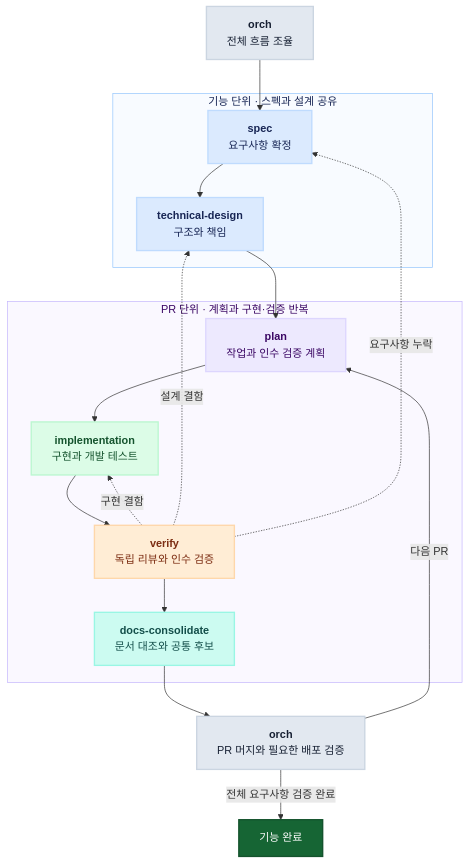
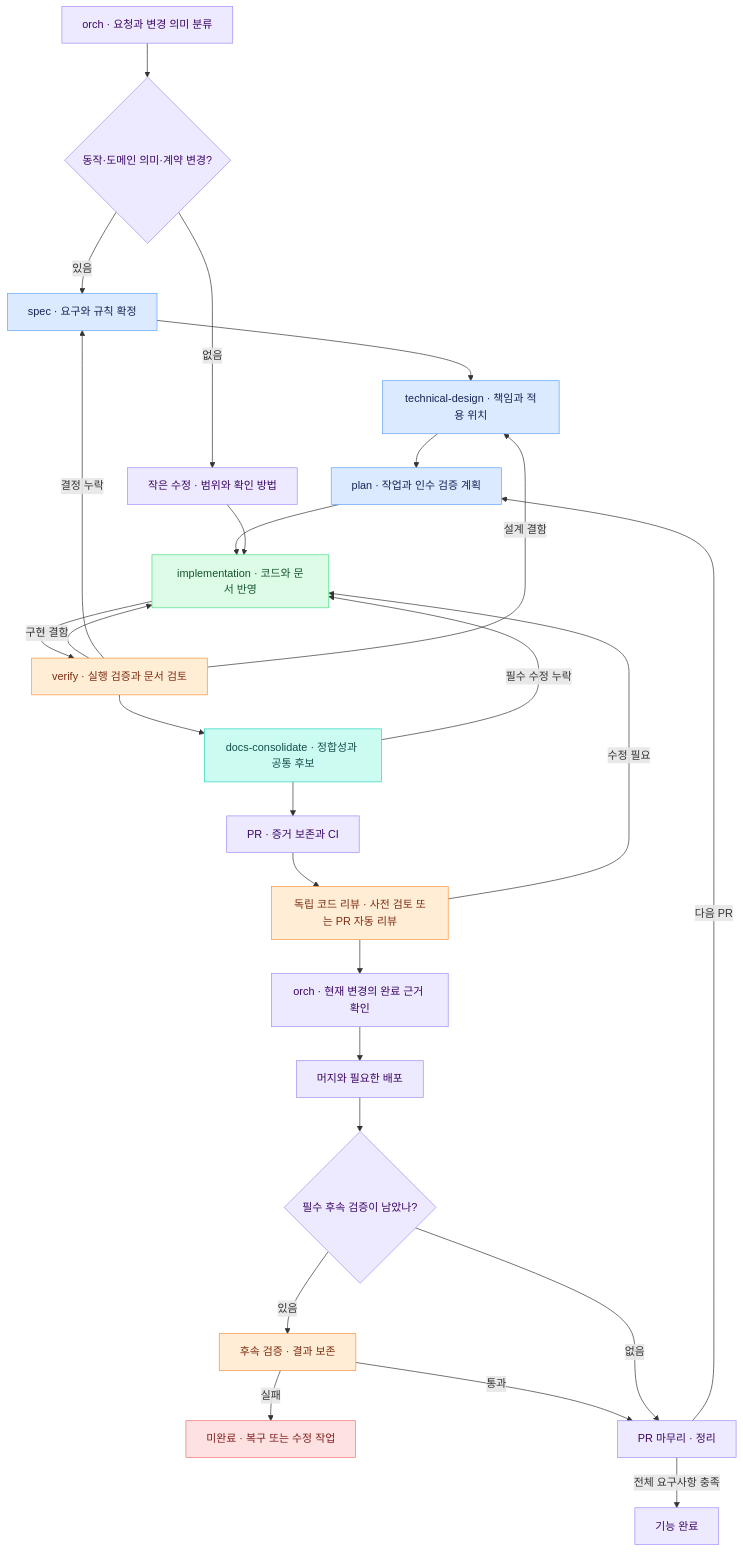
The diagram in README.md (jon890/fos-skills), drawn with Mermaid before and after one commit. The commit also changed other lines of this file and 35 other files, not shown here.

````diff
--- a/README.md
+++ b/README.md
@@ -16,48 +16,41 @@
 ```mermaid
 flowchart TD
-    O["`**orch**
-전체 흐름 조율`"] --> S
+    A["orch · 요청과 변경 의미 분류"] --> B{"동작·도메인 의미·계약 변경?"}
+    B -->|있음| S["spec · 요구와 규칙 확정"]
+    S --> T["technical-design · 책임과 적용 위치"]
+    T --> P["plan · 작업과 인수 검증 계획"]
+    P --> I["implementation · 코드와 문서 반영"]
+    B -->|없음| L["작은 수정 · 범위와 확인 방법"]
+    L --> I
+    I --> V["verify · 실행 검증과 문서 검토"]
+    V -->|구현 결함| I
+    V -->|결정 누락| S
+    V -->|설계 결함| T
+    V --> D["docs-consolidate · 정합성과 공통 후보"]
+    D -->|필수 수정 누락| I
+    D --> PR["PR · 증거 보존과 CI"]
+    PR --> R["독립 코드 리뷰 · 사전 검토 또는 PR 자동 리뷰"]
+    R -->|수정 필요| I
+    R --> G["orch · 현재 변경의 완료 근거 확인"]
+    G --> M["머지와 필요한 배포"]
+    M --> Q{"필수 후속 검증이 남았나?"}
+    Q -->|있음| E["후속 검증 · 결과 보존"]
+    E -->|실패| H["미완료 · 복구 또는 수정 작업"]
+    E -->|통과| F["PR 마무리 · 정리"]
+    Q -->|없음| F
+    F -->|다음 PR| P
+    F -->|전체 요구사항 충족| DONE["기능 완료"]
 
-    subgraph FEATURE["기능 단위 · 스펙과 설계 공유"]
-        S["`**spec**
-요구사항 확정`"] --> T["`**technical-design**
-구조와 책임`"]
-    end
-
-    T --> P
-
-    subgraph PR["PR 단위 · 계획과 구현·검증 반복"]
-        P["`**plan**
-작업과 인수 검증 계획`"] --> I["`**implementation**
-구현과 개발 테스트`"]
-        I --> V["`**verify**
-독립 리뷰와 인수 검증`"]
-        V --> D["`**docs-consolidate**
-문서 대조와 공통 후보`"]
-        V -.->|구현 결함| I
-    end
-
-    V -.->|설계 결함| T
-    V -.->|요구사항 누락| S
-    D --> M["`**orch**
-PR 머지와 필요한 배포 검증`"]
-    M -->|다음 PR| P
-    M -->|전체 요구사항 검증 완료| F["기능 완료"]
-
-    classDef orchestrate fill:#e2e8f0,stroke:#cbd5e1,color:#172033,stroke-width:2px
-    classDef define fill:#dbeafe,stroke:#bfdbfe,color:#172554,stroke-width:2px
-    classDef plan fill:#ede9fe,stroke:#ddd6fe,color:#3b0764,stroke-width:2px
-    classDef implement fill:#dcfce7,stroke:#bbf7d0,color:#14532d,stroke-width:2px
-    classDef verify fill:#ffedd5,stroke:#fed7aa,color:#7c2d12,stroke-width:2px
-    classDef document fill:#ccfbf1,stroke:#99f6e4,color:#134e4a,stroke-width:2px
-    classDef complete fill:#166534,stroke:#14532d,color:#ffffff,stroke-width:2px
-    class O,M orchestrate
-    class S,T define
-    class P plan
+    classDef define fill:#dbeafe,stroke:#60a5fa,color:#172554
+    classDef implement fill:#dcfce7,stroke:#4ade80,color:#14532d
+    classDef verify fill:#ffedd5,stroke:#fb923c,color:#7c2d12
+    classDef docs fill:#ccfbf1,stroke:#2dd4bf,color:#134e4a
+    classDef control fill:#ede9fe,stroke:#a78bfa,color:#3b0764
+    classDef blocked fill:#fee2e2,stroke:#f87171,color:#7f1d1d
+    class S,T,P define
     class I implement
-    class V verify
-    class D document
-    class F complete
-    style FEATURE fill:#f8fbff,stroke:#93c5fd,color:#172554
-    style PR fill:#faf8ff,stroke:#c4b5fd,color:#3b0764
+    class V,R,E verify
+    class D docs
+    class A,B,L,PR,G,M,Q,F,DONE control
+    class H blocked
 ```
````
